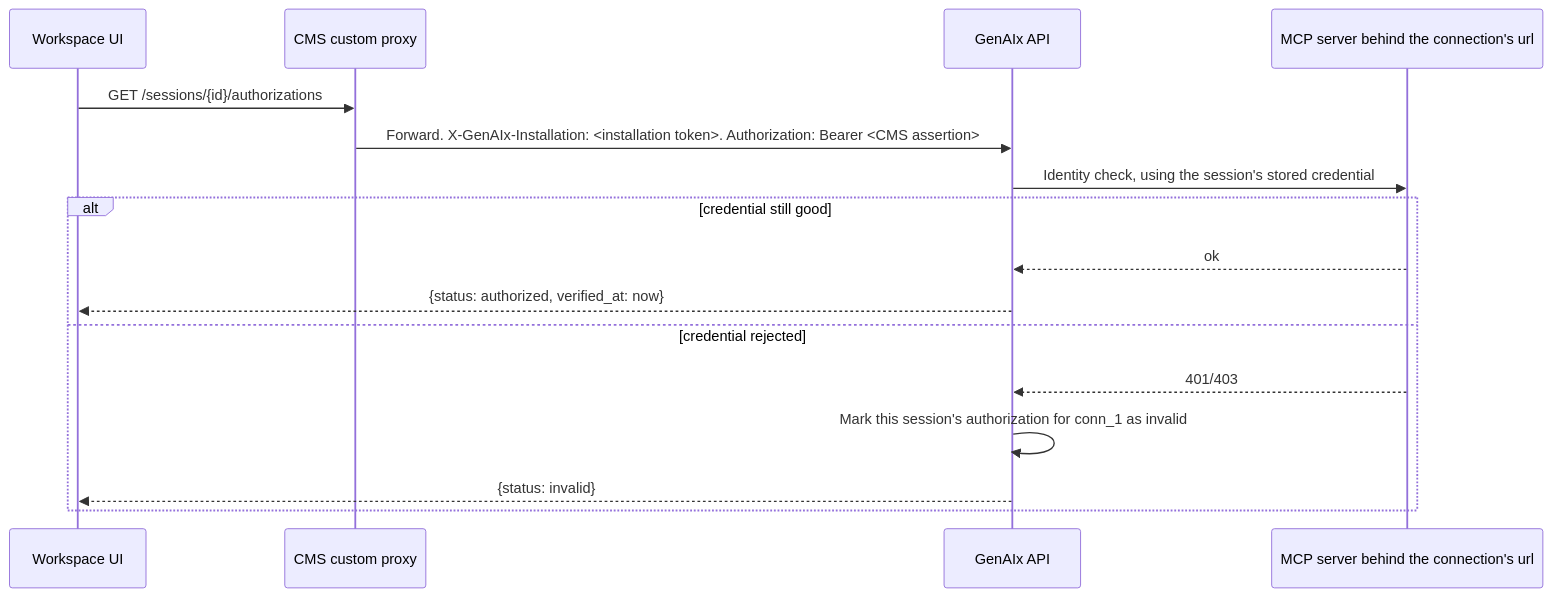
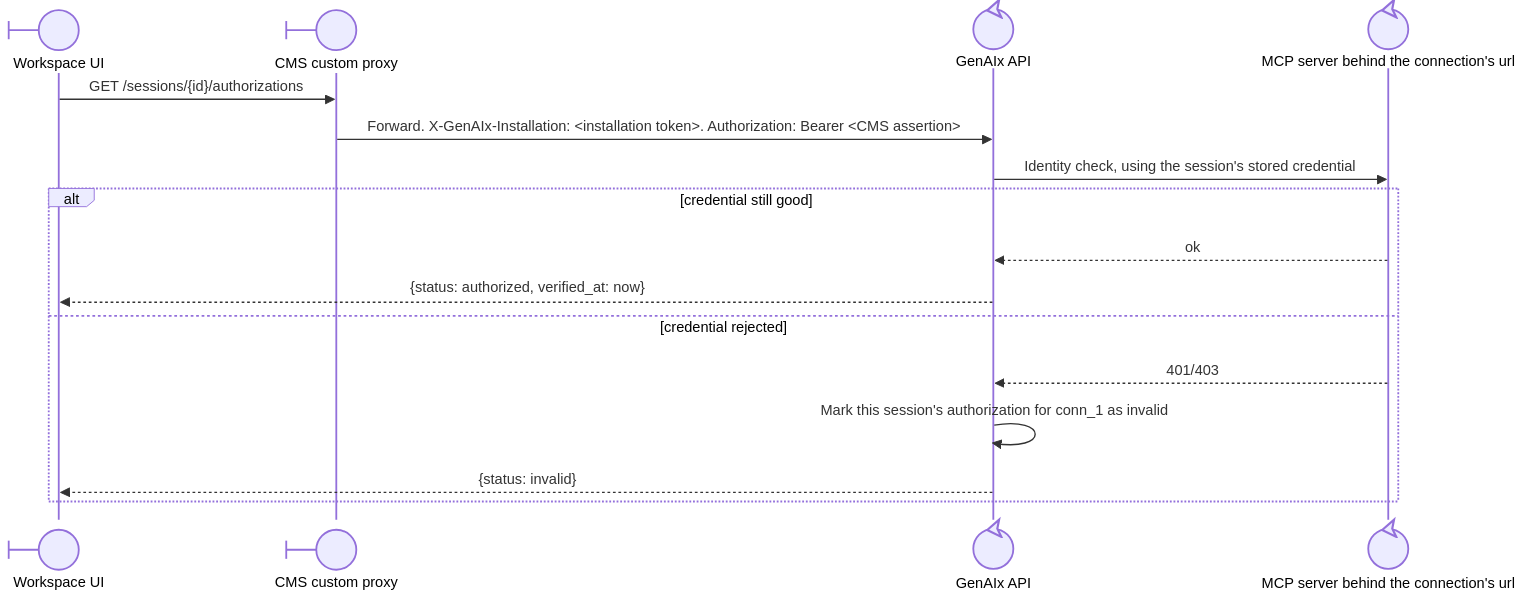
One commit to gentics/cms-oss changed the second of 5 diagrams in workspace-ui/.claude/contracts/genaix-docs/02-auth-and-context-flow.md. Above: the diagram before and after it, drawn with Mermaid. The commit also changed other lines of this file and 32 other files, not shown here.

````diff
--- a/workspace-ui/.claude/contracts/genaix-docs/02-auth-and-context-flow.md
+++ b/workspace-ui/.claude/contracts/genaix-docs/02-auth-and-context-flow.md
@@ -236,19 +236,19 @@
 ```mermaid
 sequenceDiagram
-    participant W as Workspace UI
-    participant P as CMS custom proxy
-    participant G as GenAIx API
-    participant C as MCP server behind the connection's url
+    participant W@{ "type": "boundary" } as Workspace UI
+    participant P@{ "type": "boundary" } as CMS custom proxy
+    participant G@{ "type": "control" } as GenAIx API
+    participant C@{ "type": "control" } as MCP server behind the connection's url
 
     W->>P: GET /sessions/{id}/authorizations
     P->>G: Forward. X-GenAIx-Installation: <installation token>. Authorization: Bearer <CMS assertion>
     G->>C: Identity check, using the session's stored credential
     alt credential still good
         C-->>G: ok
         G-->>W: {status: authorized, verified_at: now}
     else credential rejected
         C-->>G: 401/403
         G->>G: Mark this session's authorization for conn_1 as invalid
         G-->>W: {status: invalid}
     end
 ```
````
